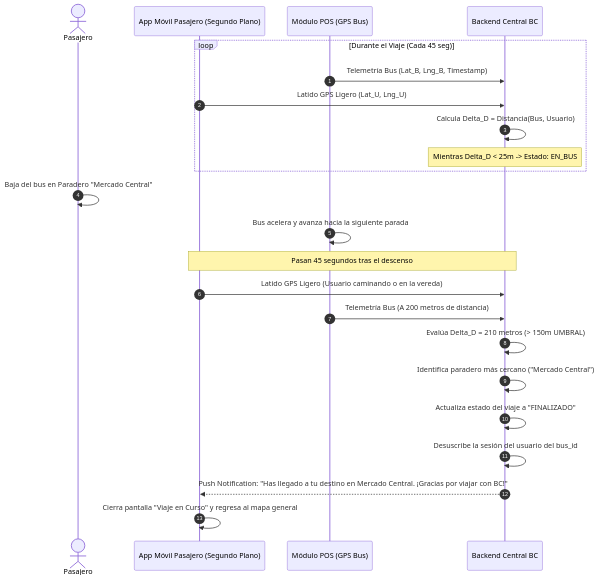
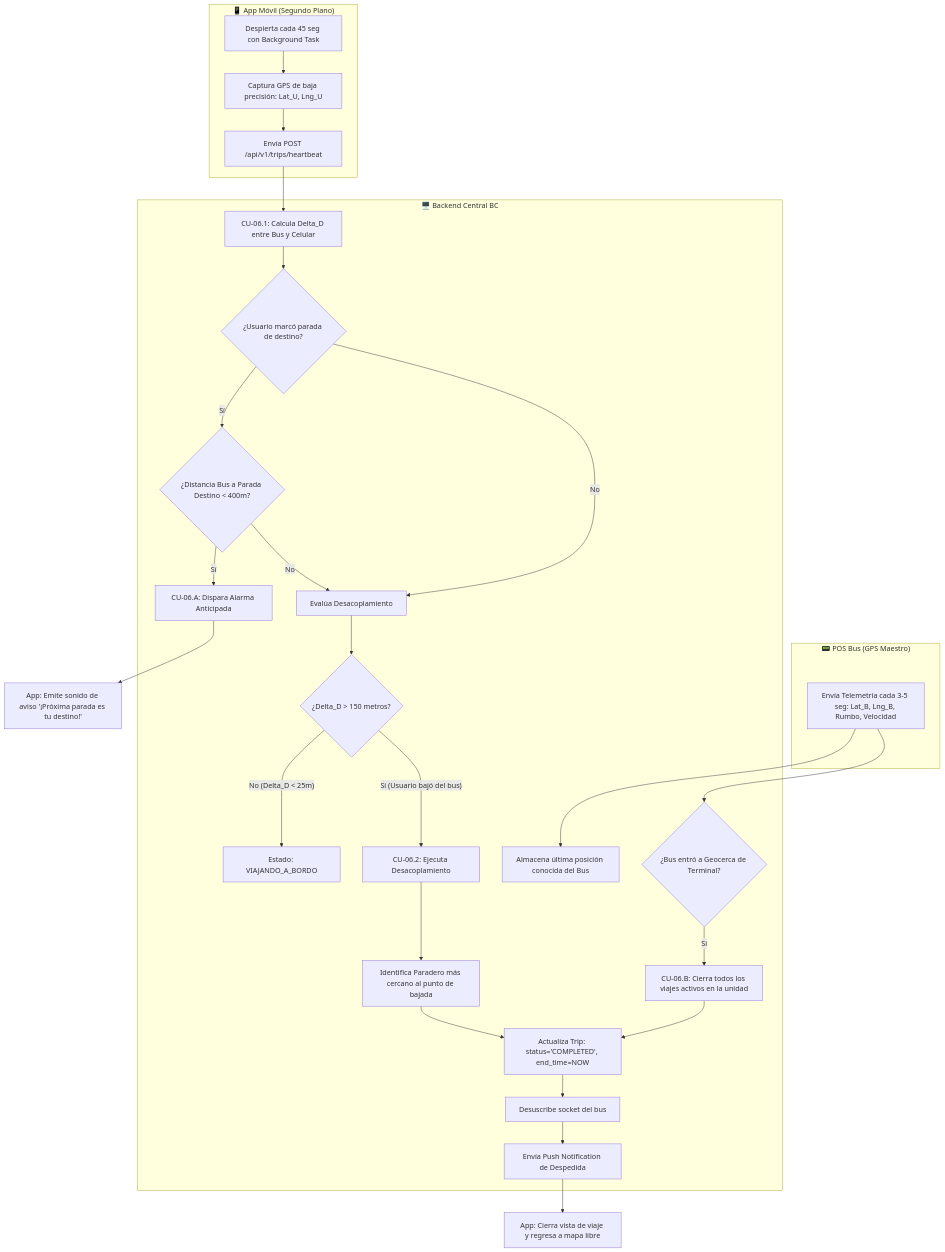
The diagram in docs/casos_de_uso/CU06_Descenso_Desacoplamiento_Geofencing.md (aron-quito/sem-bus), drawn with Mermaid before and after one commit. The commit also changed other lines of this file and 7 other files, not shown here.

````diff
--- a/docs/casos_de_uso/CU06_Descenso_Desacoplamiento_Geofencing.md
+++ b/docs/casos_de_uso/CU06_Descenso_Desacoplamiento_Geofencing.md
@@ -22,30 +51,39 @@
 ```mermaid
-sequenceDiagram
-    autonumber
-    actor Pasajero
-    participant App as App Móvil Pasajero (Segundo Plano)
-    participant POS as Módulo POS (GPS Bus)
-    participant Backend as Backend Central BC
-
-    loop Durante el Viaje (Cada 45 seg)
-        POS->>Backend: Telemetría Bus (Lat_B, Lng_B, Timestamp)
-        App->>Backend: Latido GPS Ligero (Lat_U, Lng_U)
-        Backend->>Backend: Calcula Delta_D = Distancia(Bus, Usuario)
-        Note over Backend: Mientras Delta_D < 25m -> Estado: EN_BUS
+flowchart TD
+    subgraph PosGPS["📟 POS Bus (GPS Maestro)"]
+        A1[Envía Telemetría cada 3-5 seg: Lat_B, Lng_B, Rumbo, Velocidad]
     end
 
-    Pasajero->>Pasajero: Baja del bus en Paradero "Mercado Central"
-    POS->>POS: Bus acelera y avanza hacia la siguiente parada
-    
-    Note over App,Backend: Pasan 45 segundos tras el descenso
-    App->>Backend: Latido GPS Ligero (Usuario caminando o en la vereda)
-    POS->>Backend: Telemetría Bus (A 200 metros de distancia)
-    
-    Backend->>Backend: Evalúa Delta_D = 210 metros (> 150m UMBRAL)
-    Backend->>Backend: Identifica paradero más cercano ("Mercado Central")
-    Backend->>Backend: Actualiza estado del viaje a "FINALIZADO"
-    Backend->>Backend: Desuscribe la sesión del usuario del bus_id
-    
-    Backend-->>App: Push Notification: "Has llegado a tu destino en Mercado Central. ¡Gracias por viajar con BC!"
-    App->>App: Cierra pantalla "Viaje en Curso" y regresa al mapa general
+    subgraph AppSegundoPlano["📱 App Móvil (Segundo Plano)"]
+        B1[Despierta cada 45 seg con Background Task]
+        B1 --> B2[Captura GPS de baja precisión: Lat_U, Lng_U]
+        B2 --> B3[Envía POST /api/v1/trips/heartbeat]
+    end
+
+    subgraph Backend["🖥️ Backend Central BC"]
+        A1 --> C1[Almacena última posición conocida del Bus]
+        B3 --> C2[CU-06.1: Calcula Delta_D entre Bus y Celular]
+        
+        C2 --> C3{¿Usuario marcó parada de destino?}
+        C3 -- Sí --> C4{¿Distancia Bus a Parada Destino < 400m?}
+        C4 -- Sí --> C_EXT_A[CU-06.A: Dispara Alarma Anticipada]
+        C4 -- No --> C5
+        C3 -- No --> C5[Evalúa Desacoplamiento]
+
+        C5 --> C6{¿Delta_D > 150 metros?}
+        C6 -- No (Delta_D < 25m) --> C7[Estado: VIAJANDO_A_BORDO]
+        C6 -- Sí (Usuario bajó del bus) --> C8[CU-06.2: Ejecuta Desacoplamiento]
+        
+        C8 --> C9[Identifica Paradero más cercano al punto de bajada]
+        C9 --> C10[Actualiza Trip: status='COMPLETED', end_time=NOW]
+        C10 --> C11[Desuscribe socket del bus]
+        C11 --> C12[Envía Push Notification de Despedida]
+
+        A1 --> C_TERM{¿Bus entró a Geocerca de Terminal?}
+        C_TERM -- Sí --> C_EXT_B[CU-06.B: Cierra todos los viajes activos en la unidad]
+        C_EXT_B --> C10
+    end
+
+    C_EXT_A --> B_ALARM[App: Emite sonido de aviso '¡Próxima parada es tu destino!']
+    C12 --> B_END[App: Cierra vista de viaje y regresa a mapa libre]
 ```
````
